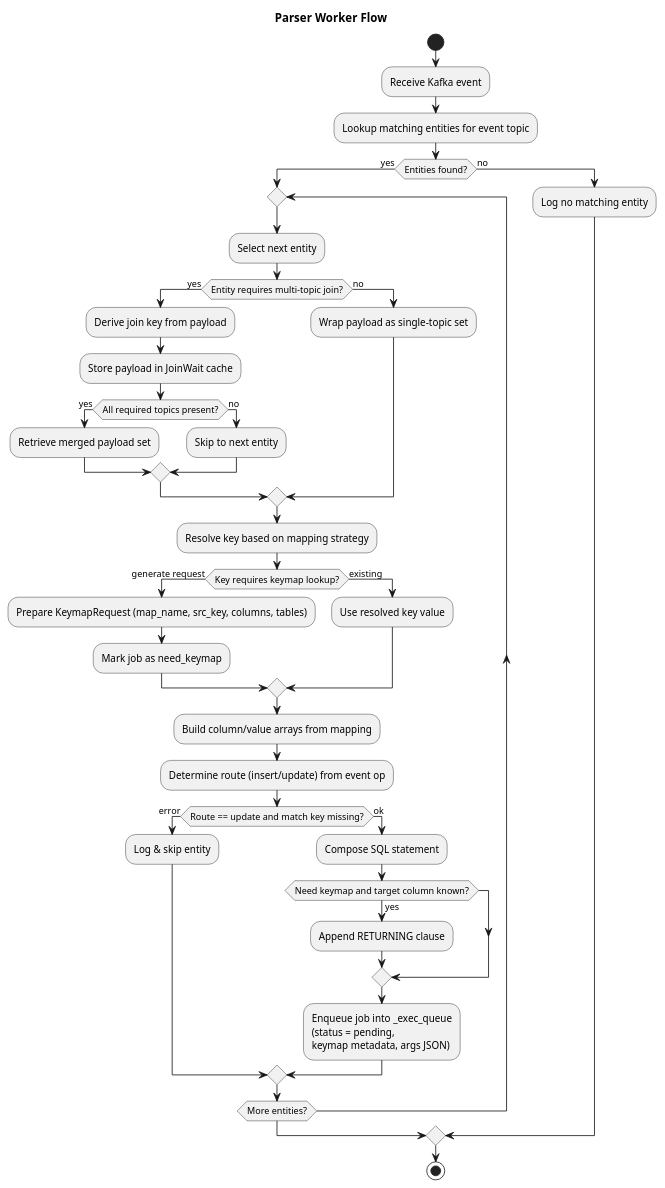
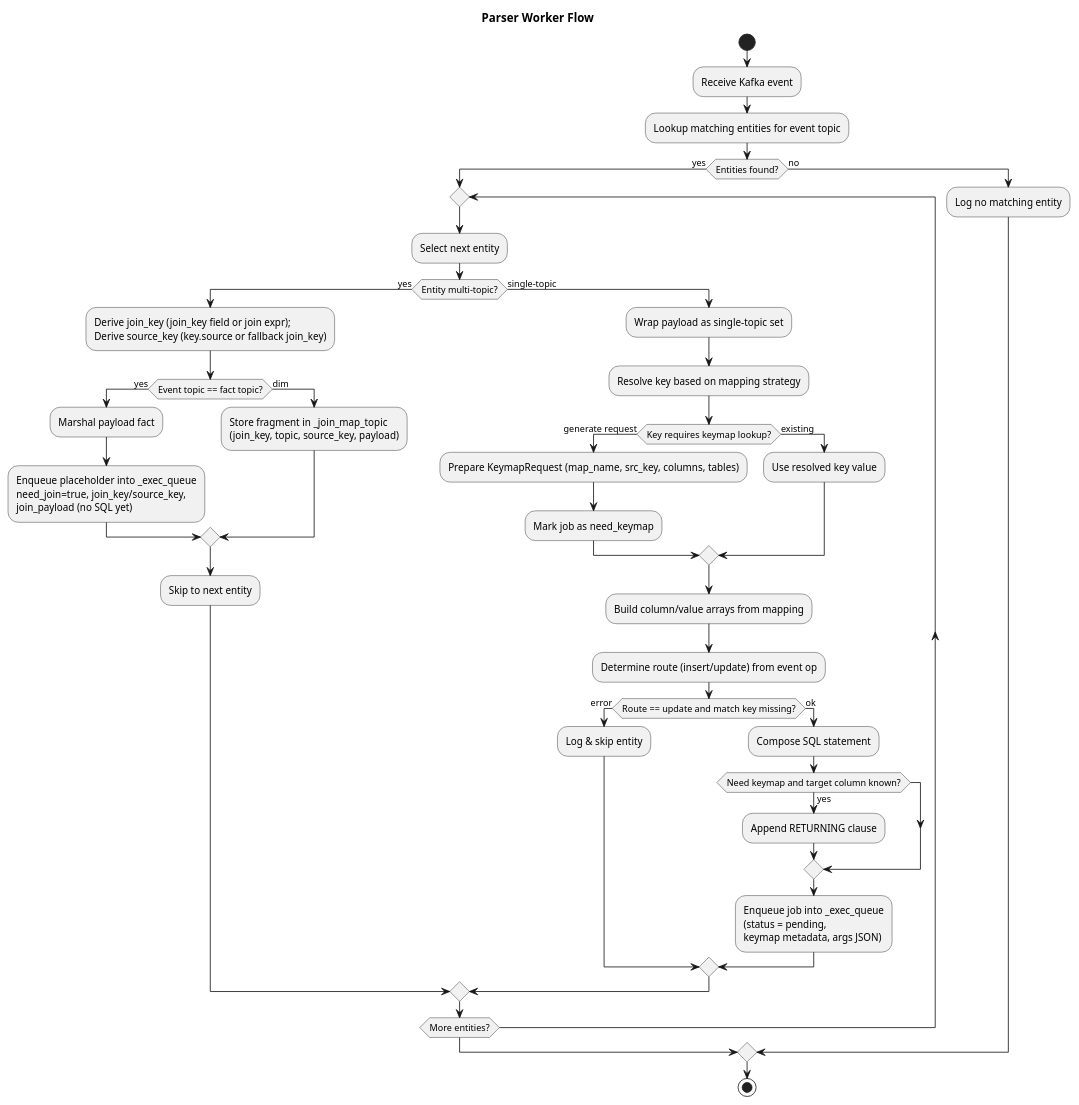
The diagram in docs/parser_flow.puml (mirza27/postgres_federation_tools), drawn with PlantUML before and after one commit. The commit also changed 1 other file, not shown here.

Commit message:
docs(UML): fix uml by apply new join mechanism

```diff
--- a/docs/parser_flow.puml
+++ b/docs/parser_flow.puml
@@ -1,47 +1,48 @@
 @startuml ParserFlow
 title Parser Worker Flow
 
 start
 :Receive Kafka event;
 :Lookup matching entities for event topic;
 if (Entities found?) then (yes)
   repeat
     :Select next entity;
-    if (Entity requires multi-topic join?) then (yes)
-      :Derive join key from payload;
-      :Store payload in JoinWait cache;
-      if (All required topics present?) then (yes)
-        :Retrieve merged payload set;
-      else (no)
-        :Skip to next entity;
+    if (Entity multi-topic?) then (yes)
+      :Derive join_key (join_key field or join expr);\nDerive source_key (key.source or fallback join_key);
+      if (Event topic == fact topic?) then (yes)
+        :Marshal payload fact;
+        :Enqueue placeholder into _exec_queue\nneed_join=true, join_key/source_key,\njoin_payload (no SQL yet);
+      else (dim)
+        :Store fragment in _join_map_topic\n(join_key, topic, source_key, payload);
       endif
-    else (no)
+      :Skip to next entity;
+    else (single-topic)
       :Wrap payload as single-topic set;
-    endif
 
-    :Resolve key based on mapping strategy;
-    if (Key requires keymap lookup?) then (generate request)
-      :Prepare KeymapRequest (map_name, src_key, columns, tables);
-      :Mark job as need_keymap;
-    else (existing)
-      :Use resolved key value;
-    endif
+      :Resolve key based on mapping strategy;
+      if (Key requires keymap lookup?) then (generate request)
+        :Prepare KeymapRequest (map_name, src_key, columns, tables);
+        :Mark job as need_keymap;
+      else (existing)
+        :Use resolved key value;
+      endif
 
-    :Build column/value arrays from mapping;
-    :Determine route (insert/update) from event op;
-    if (Route == update and match key missing?) then (error)
-      :Log & skip entity;
-    else (ok)
-      :Compose SQL statement;
-      if (Need keymap and target column known?) then (yes)
-        :Append RETURNING clause;
+      :Build column/value arrays from mapping;
+      :Determine route (insert/update) from event op;
+      if (Route == update and match key missing?) then (error)
+        :Log & skip entity;
+      else (ok)
+        :Compose SQL statement;
+        if (Need keymap and target column known?) then (yes)
+          :Append RETURNING clause;
+        endif
+        :Enqueue job into _exec_queue\n(status = pending,\nkeymap metadata, args JSON);
       endif
-      :Enqueue job into _exec_queue\n(status = pending,\nkeymap metadata, args JSON);
     endif
   repeat while (More entities?)
 else (no)
   :Log no matching entity;
 endif
 
 stop
 @enduml
```
